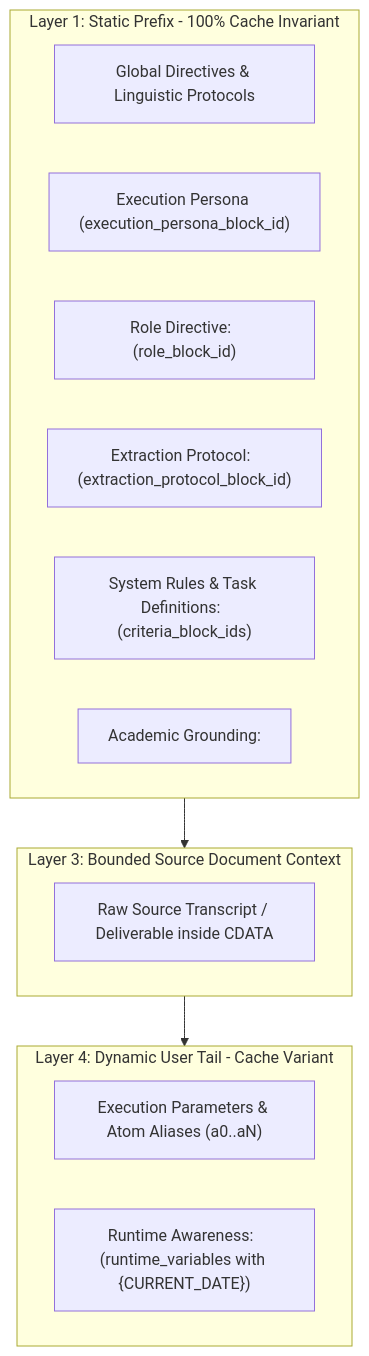
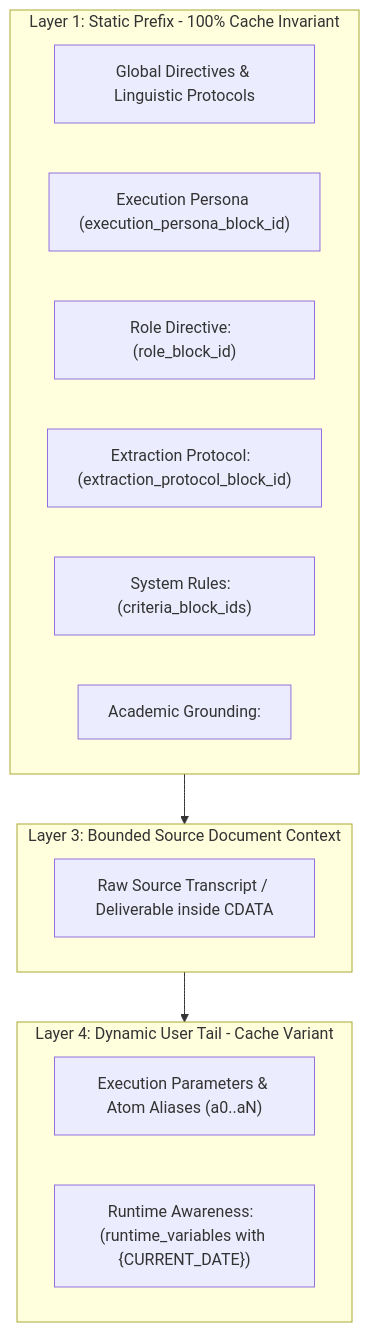
Before and after one commit to launis/quorum: the third of 5 diagrams in docs/architecture/09_llm_prompt_orchestration_and_matrix_evaluation.md, drawn with Mermaid. The commit also changed other lines of this file and 5 other files, not shown here.

First line of the commit message:
docs(architecture): sync task_briefs ontology and crud lifecycle

````diff
--- a/docs/architecture/09_llm_prompt_orchestration_and_matrix_evaluation.md
+++ b/docs/architecture/09_llm_prompt_orchestration_and_matrix_evaluation.md
@@ -719,23 +717,23 @@
 ```mermaid
 graph TD
     subgraph Layer_1_Static_Prefix [Layer 1: Static Prefix - 100% Cache Invariant]
         R1["Global Directives & Linguistic Protocols"]
         R2["Execution Persona (execution_persona_block_id)"]
         R3["Role Directive: <ROLE_DIRECTIVE> (role_block_id)"]
         R4["Extraction Protocol: <EXTRACTION_PROTOCOL> (extraction_protocol_block_id)"]
-        R5["System Rules & Task Definitions: <CRITERIA_GUIDELINES> (criteria_block_ids)"]
+        R5["System Rules: <CRITERIA_GUIDELINES> (criteria_block_ids)"]
         R6["Academic Grounding: <theory_context>"]
     end
 
     subgraph Layer_3_Context_Prefix [Layer 3: Bounded Source Document Context]
         C1["Raw Source Transcript / Deliverable inside CDATA"]
     end
 
     subgraph Layer_4_Dynamic_Tail [Layer 4: Dynamic User Tail - Cache Variant]
         D1["Execution Parameters & Atom Aliases (a0..aN)"]
         D2["Runtime Awareness: <RUNTIME_AWARENESS> (runtime_variables with {CURRENT_DATE})"]
     end
 
     Layer_1_Static_Prefix --> Layer_3_Context_Prefix
     Layer_3_Context_Prefix --> Layer_4_Dynamic_Tail
 ```
````
